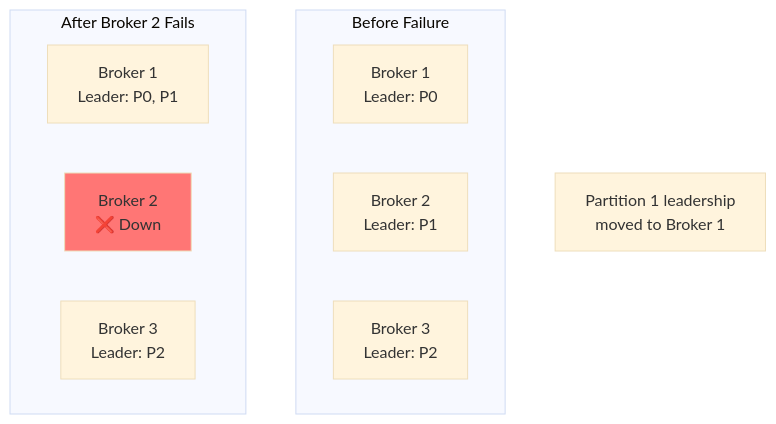
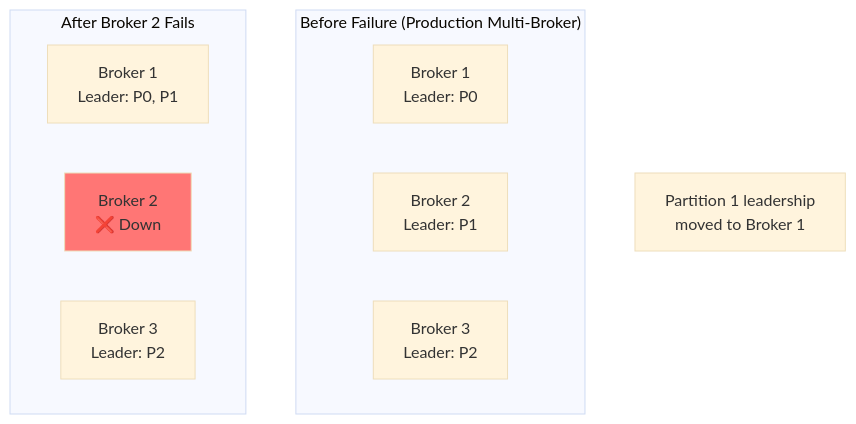
The tenth of 11 diagrams in src/content/posts/part-04-hands-on-kafka.md (tomakazoo/ai-family-blog), drawn with Mermaid (base theme) before and after one commit. The commit also changed other lines of this file, not shown here.

````diff
--- a/src/content/posts/part-04-hands-on-kafka.md
+++ b/src/content/posts/part-04-hands-on-kafka.md
@@ -1485,18 +778,18 @@
 ```mermaid
 graph TB
-    subgraph "Before Failure"
+    subgraph "Before Failure (Production Multi-Broker)"
         B1[Broker 1<br/>Leader: P0]
         B2[Broker 2<br/>Leader: P1]
         B3[Broker 3<br/>Leader: P2]
     end
     
     subgraph "After Broker 2 Fails"
         B1F[Broker 1<br/>Leader: P0, P1]
         B2F[Broker 2<br/>❌ Down]
         B3F[Broker 3<br/>Leader: P2]
     end
     
     Note1[Partition 1 leadership<br/>moved to Broker 1]
     
     style B2F fill:#ff7675
 ```
````
